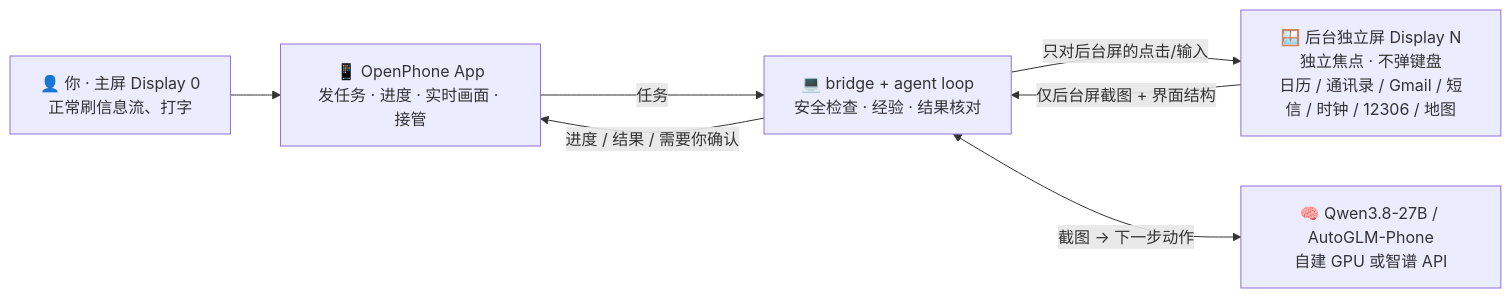
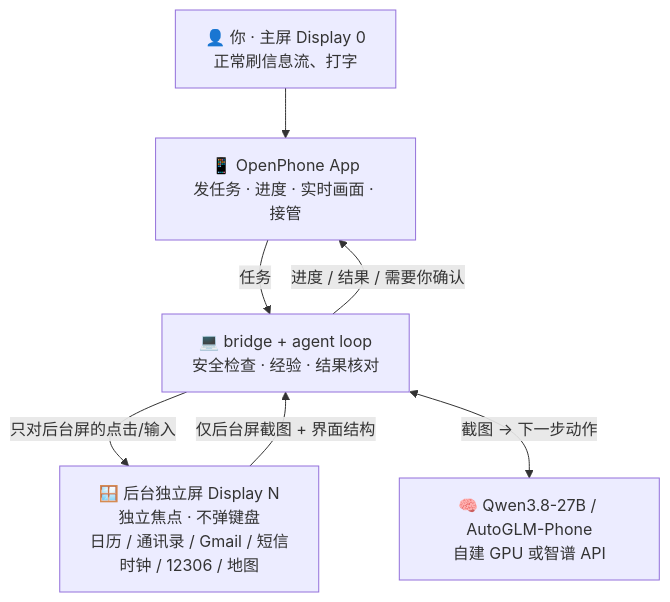
Before and after one commit to JaveyBae/openphone-agent: the diagram in README.md, drawn with Mermaid.

Commit message:
docs: make the architecture diagram fit the README width
The flowchart used `LR`, which laid the four nodes out in one wide row and
pushed the diagram off the right edge (truncated on GitHub). Switch to `TD` so
it flows top-to-bottom within the column, and wrap the private-display app list
onto two lines. No wording changes — layout only.

````diff
--- a/README.md
+++ b/README.md
@@ -116,9 +116,9 @@
 ```mermaid
-flowchart LR
+flowchart TD
     U["👤 你 · 主屏 Display 0<br/>正常刷信息流、打字"] --> A["📱 OpenPhone App<br/>发任务 · 进度 · 实时画面 · 接管"]
     A -->|任务| B["💻 bridge + agent loop<br/>安全检查 · 经验 · 结果核对"]
-    B -->|只对后台屏的点击/输入| V["🪟 后台独立屏 Display N<br/>独立焦点 · 不弹键盘<br/>日历 / 通讯录 / Gmail / 短信 / 时钟 / 12306 / 地图"]
+    B -->|只对后台屏的点击/输入| V["🪟 后台独立屏 Display N<br/>独立焦点 · 不弹键盘<br/>日历 / 通讯录 / Gmail / 短信<br/>时钟 / 12306 / 地图"]
     V -->|仅后台屏截图 + 界面结构| B
     B <-->|截图 → 下一步动作| M["🧠 Qwen3.8-27B / AutoGLM-Phone<br/>自建 GPU 或智谱 API"]
     B -->|进度 / 结果 / 需要你确认| A
 ```
````
